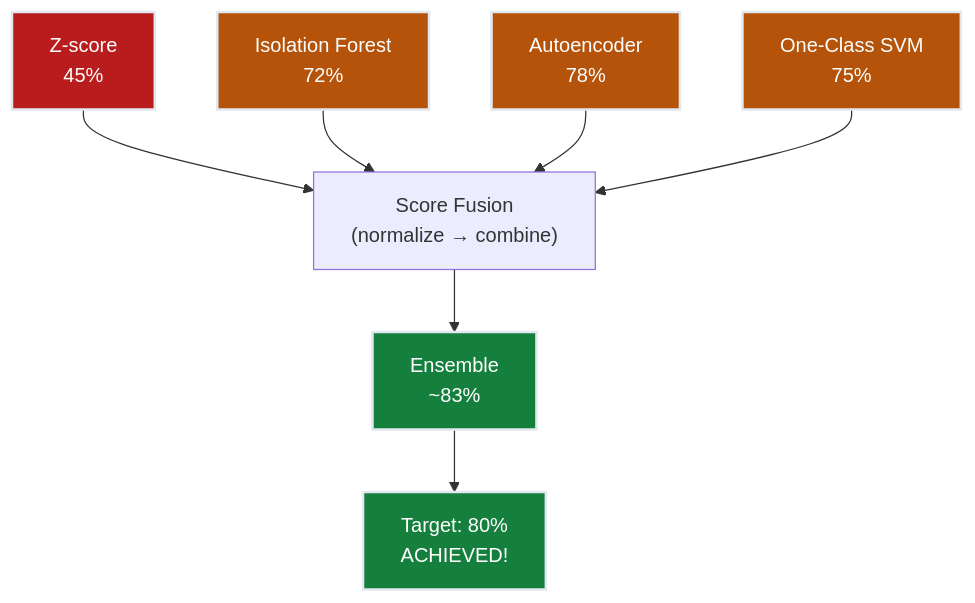
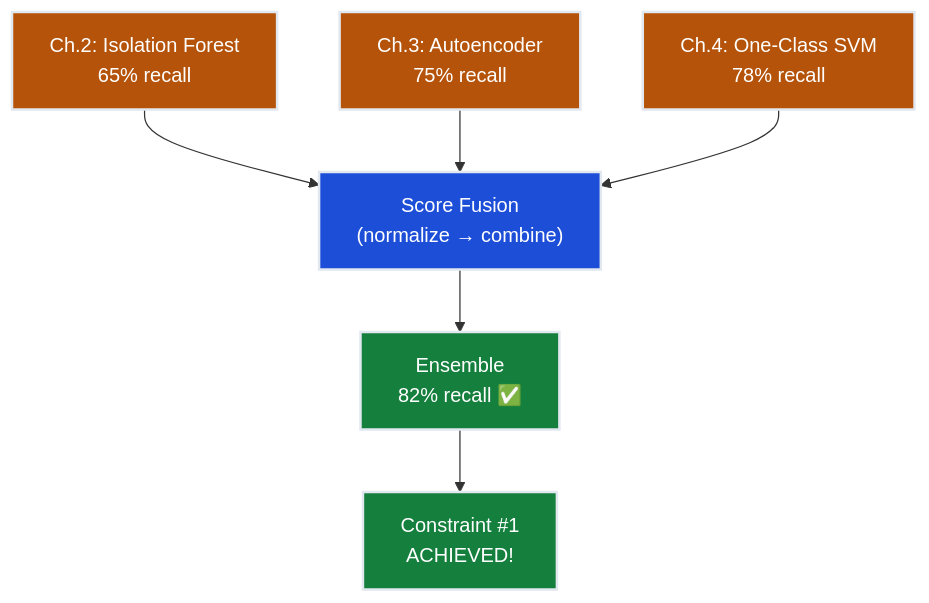
Before and after one commit to deepakshamsft/ai-portfolio: the first of 4 diagrams in notes/01-ml/05_anomaly_detection/ch05_ensemble_anomaly/README.md, drawn with Mermaid. The commit also changed other lines of this file and 727 other files, not shown here.

````diff
--- a/notes/01-ml/05_anomaly_detection/ch05_ensemble_anomaly/README.md
+++ b/notes/01-ml/05_anomaly_detection/ch05_ensemble_anomaly/README.md
@@ -31,17 +43,16 @@
 ```mermaid
 flowchart TD
-    Z["Z-score\n45%"] --> FUSE["Score Fusion\n(normalize → combine)"]
-    IF["Isolation Forest\n72%"] --> FUSE
-    AE["Autoencoder\n78%"] --> FUSE
-    SVM["One-Class SVM\n75%"] --> FUSE
+    IF["Ch.2: Isolation Forest\n65% recall"] --> FUSE
+    AE["Ch.3: Autoencoder\n75% recall"] --> FUSE
+    SVM["Ch.4: One-Class SVM\n78% recall"] --> FUSE
+    FUSE["Score Fusion\n(normalize → combine)"]
+    FUSE --> ENS["Ensemble\n82% recall ✅"]
+    ENS --> TARGET["Constraint #1\nACHIEVED!"]
 
-    FUSE --> ENS["Ensemble\n~83%"]
-    ENS --> TARGET["Target: 80%\nACHIEVED!"]
-
-    style Z fill:#b91c1c,stroke:#e2e8f0,stroke-width:2px,color:#ffffff
     style IF fill:#b45309,stroke:#e2e8f0,stroke-width:2px,color:#ffffff
     style AE fill:#b45309,stroke:#e2e8f0,stroke-width:2px,color:#ffffff
     style SVM fill:#b45309,stroke:#e2e8f0,stroke-width:2px,color:#ffffff
+    style FUSE fill:#1d4ed8,stroke:#e2e8f0,stroke-width:2px,color:#ffffff
     style ENS fill:#15803d,stroke:#e2e8f0,stroke-width:2px,color:#ffffff
     style TARGET fill:#15803d,stroke:#e2e8f0,stroke-width:2px,color:#ffffff
 ```
````
